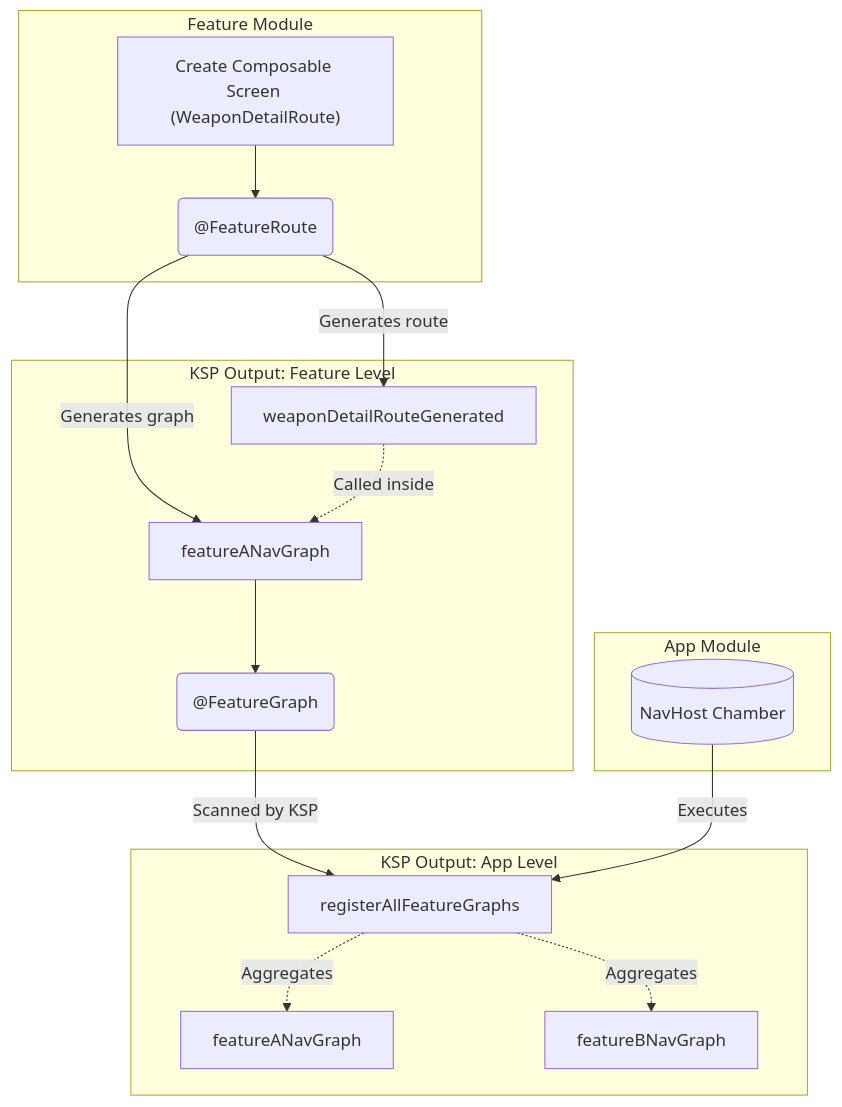
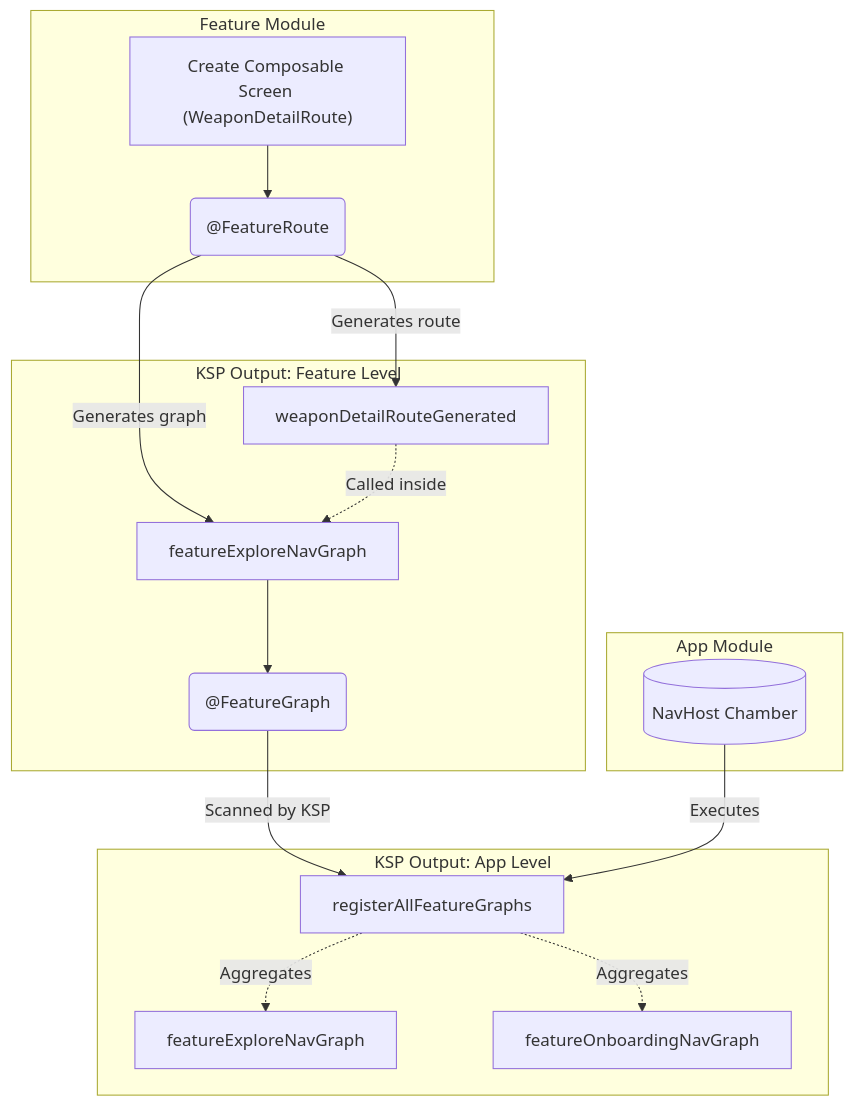
One commit to BeneranSeptian/Urithiru changed the second of 2 diagrams in README.md. Above: the diagram before and after it, drawn with Mermaid. The commit also changed other lines of this file and 168 other files, not shown here.

````diff
--- a/README.md
+++ b/README.md
@@ -78,23 +78,23 @@
 ```mermaid
 flowchart TD
     subgraph FeatureModule ["Feature Module"]
         A["Create Composable Screen (WeaponDetailRoute)"] --> B("@FeatureRoute")
     end
 
     subgraph KSPFeature ["KSP Output: Feature Level"]
         B -->|Generates route| C[weaponDetailRouteGenerated]
-        B -->|Generates graph| D[featureANavGraph]
+        B -->|Generates graph| D[featureExploreNavGraph]
         C -.->|Called inside| D
         D --> E("@FeatureGraph")
     end
 
     subgraph KSPApp ["KSP Output: App Level"]
         E -->|Scanned by KSP| F[registerAllFeatureGraphs]
-        F -.->|Aggregates| G[featureANavGraph]
-        F -.->|Aggregates| H[featureBNavGraph]
+        F -.->|Aggregates| G[featureExploreNavGraph]
+        F -.->|Aggregates| H[featureOnboardingNavGraph]
     end
 
     subgraph AppModule ["App Module"]
         I[(NavHost Chamber)] -->|Executes| F
     end
 ```
````
